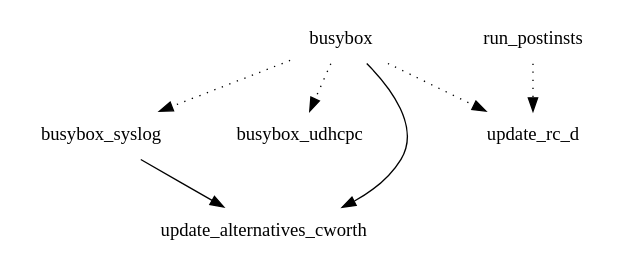
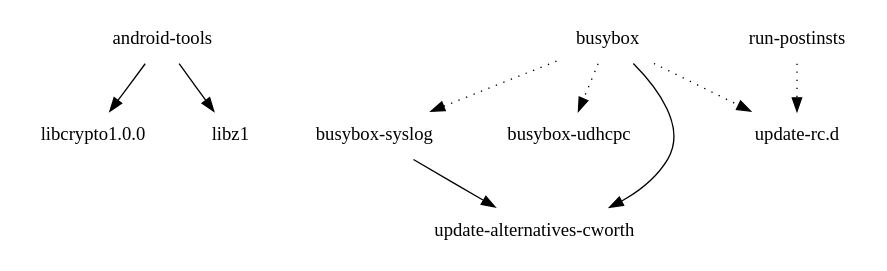
The diagram in images/maguro/eglibc/chroot-image/depends-nokernel-nolibc.dot (shr-distribution/buildhistory-old), drawn with Graphviz before and after one commit. The commit also changed 10 other files, not shown here.

```diff
--- a/images/maguro/eglibc/chroot-image/depends-nokernel-nolibc.dot
+++ b/images/maguro/eglibc/chroot-image/depends-nokernel-nolibc.dot
@@ -1,9 +1,11 @@
 digraph depends {
     node [shape=plaintext]
-busybox -> busybox_syslog [style=dotted];
-busybox -> busybox_udhcpc [style=dotted];
-busybox -> update_alternatives_cworth;
-busybox -> update_rc_d [style=dotted];
-busybox_syslog -> update_alternatives_cworth;
-run_postinsts -> update_rc_d [style=dotted];
+"android-tools" -> "libcrypto1.0.0";
+"android-tools" -> "libz1";
+"busybox" -> "busybox-syslog" [style=dotted];
+"busybox" -> "busybox-udhcpc" [style=dotted];
+"busybox" -> "update-alternatives-cworth";
+"busybox" -> "update-rc.d" [style=dotted];
+"busybox-syslog" -> "update-alternatives-cworth";
+"run-postinsts" -> "update-rc.d" [style=dotted];
 }
```
